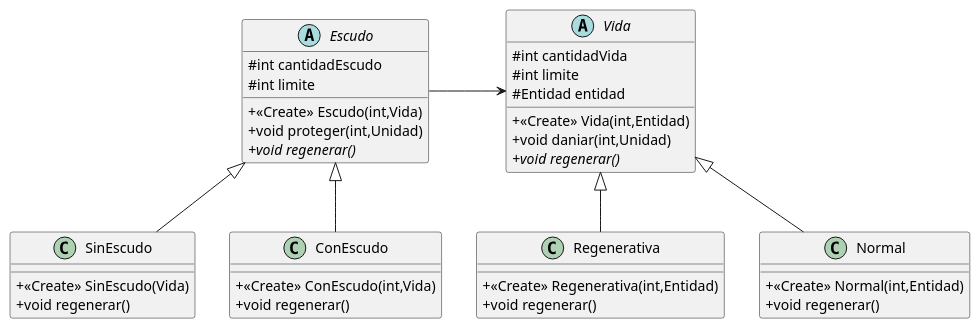
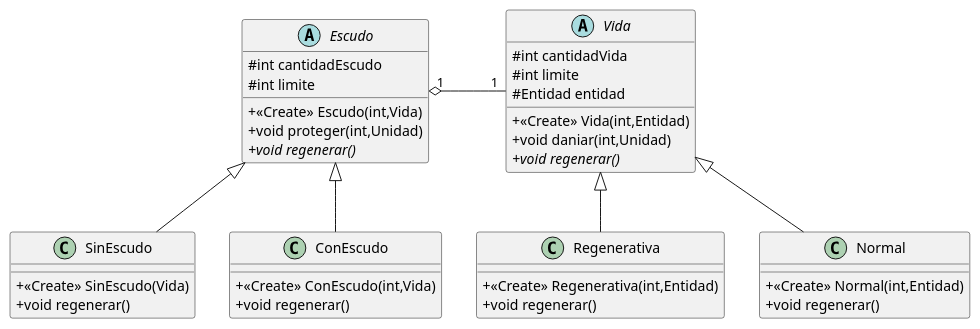
The diagram in diagrams/classes/clases/entidades/Defensa.puml (RDJulian/algo3-tp2-11-202202c), drawn with PlantUML before and after one commit. The commit also changed 74 other files, not shown here.

Commit message:
feat: Diagramas de clase.

```diff
--- a/diagrams/classes/clases/entidades/Defensa.puml
+++ b/diagrams/classes/clases/entidades/Defensa.puml
@@ -1,41 +1,41 @@
 @startuml
 skinparam classAttributeIconSize 0
 abstract class Escudo {
 # int cantidadEscudo
 # int limite
 + <<Create>> Escudo(int,Vida)
 + void proteger(int,Unidad)
 + {abstract}void regenerar()
 }
 class Regenerativa {
 + <<Create>> Regenerativa(int,Entidad)
 + void regenerar()
 }
 class SinEscudo {
 + <<Create>> SinEscudo(Vida)
 + void regenerar()
 }
 abstract class Vida {
 # int cantidadVida
 # int limite
 # Entidad entidad
 + <<Create>> Vida(int,Entidad)
 + void daniar(int,Unidad)
 + {abstract}void regenerar()
 }
 class Normal {
 + <<Create>> Normal(int,Entidad)
 + void regenerar()
 }
 class ConEscudo {
 + <<Create>> ConEscudo(int,Vida)
 + void regenerar()
 }
 
 
 Vida <|-- Regenerativa
 Escudo <|-- SinEscudo
 Vida <|-- Normal
 Escudo <|-- ConEscudo
-Escudo -right-> Vida
+Escudo  "1" o-right-  "1"Vida
 @enduml
```
